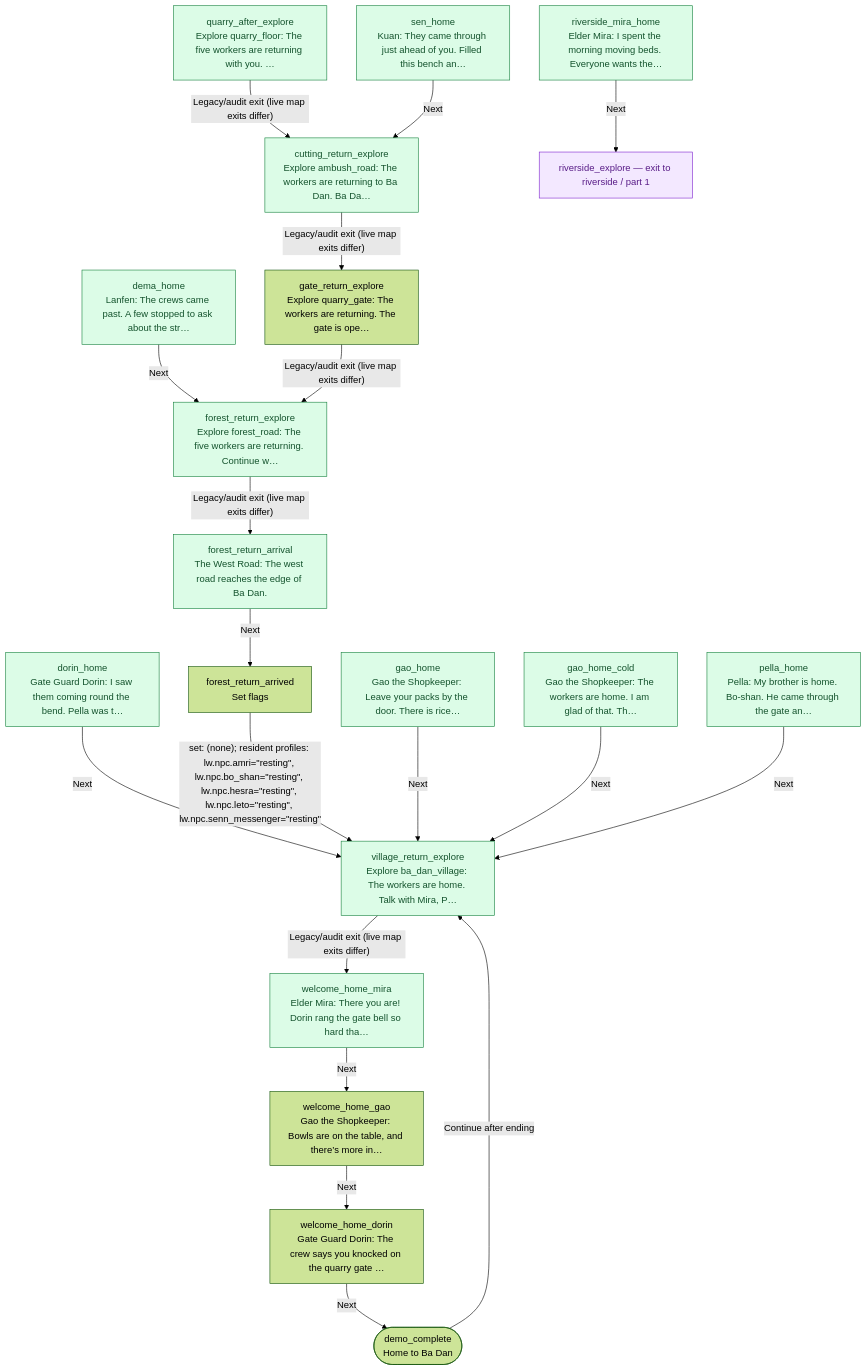
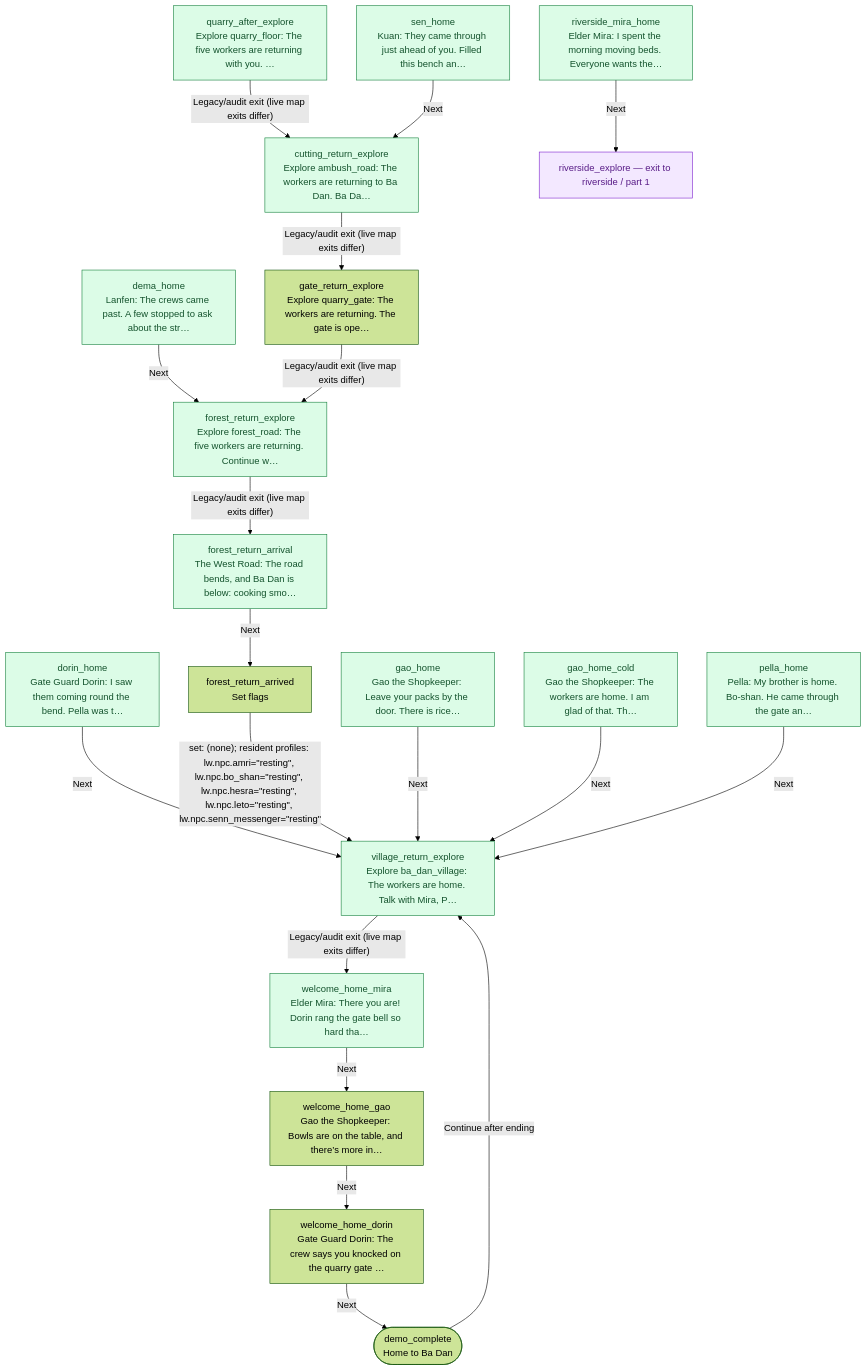
One commit to jaredbahr/Avatarrpg changed the diagram in docs/story/return.md. Above: the diagram before and after it, drawn with Mermaid (forest theme). The commit also changed 7 other files, not shown here.

````diff
--- a/docs/story/return.md
+++ b/docs/story/return.md
@@ -21,43 +21,43 @@
 ```mermaid
 flowchart TD
   n14["cutting_return_explore<br/>Explore ambush_road: The workers are returning to Ba Dan. Ba Da…"]:::entry
   n22["dema_home<br/>Lanfen: The crews came past. A few stopped to ask about the str…"]:::entry
   n23(["demo_complete<br/>Home to Ba Dan"])
   n28["dorin_home<br/>Gate Guard Dorin: I saw them coming round the bend. Pella was t…"]:::entry
-  n35["forest_return_arrival<br/>The West Road: The west road reaches the edge of Ba Dan."]:::entry
+  n35["forest_return_arrival<br/>The West Road: The road bends, and Ba Dan is below: cooking smo…"]:::entry
   n36["forest_return_arrived<br/>Set flags"]
   n37["forest_return_explore<br/>Explore forest_road: The five workers are returning. Continue w…"]:::entry
   n40["gao_home<br/>Gao the Shopkeeper: Leave your packs by the door. There is rice…"]:::entry
   n41["gao_home_cold<br/>Gao the Shopkeeper: The workers are home. I am glad of that. Th…"]:::entry
   n46["gate_return_explore<br/>Explore quarry_gate: The workers are returning. The gate is ope…"]
   n68["pella_home<br/>Pella: My brother is home. Bo-shan. He came through the gate an…"]:::entry
   n80["quarry_after_explore<br/>Explore quarry_floor: The five workers are returning with you. …"]:::entry
   n93["riverside_mira_home<br/>Elder Mira: I spent the morning moving beds. Everyone wants the…"]:::entry
   n102["sen_home<br/>Kuan: They came through just ahead of you. Filled this bench an…"]:::entry
   n145["village_return_explore<br/>Explore ba_dan_village: The workers are home. Talk with Mira, P…"]:::entry
   n146["welcome_home_dorin<br/>Gate Guard Dorin: The crew says you knocked on the quarry gate …"]
   n147["welcome_home_gao<br/>Gao the Shopkeeper: Bowls are on the table, and there’s more in…"]
   n148["welcome_home_mira<br/>Elder Mira: There you are! Dorin rang the gate bell so hard tha…"]:::entry
   n90["riverside_explore — exit to riverside / part 1"]:::external
   n14 -->|"Legacy/audit exit (live map exits differ)"| n46
   n22 -->|"Next"| n37
   n23 -->|"Continue after ending"| n145
   n28 -->|"Next"| n145
   n35 -->|"Next"| n36
   n36 -->|"set: (none); resident profiles: lw.npc.amri=#quot;resting#quot;, lw.npc.bo_shan=#quot;resting#quot;, lw.npc.hesra=#quot;resting#quot;, lw.npc.leto=#quot;resting#quot;, lw.npc.senn_messenger=#quot;resting#quot;"| n145
   n37 -->|"Legacy/audit exit (live map exits differ)"| n35
   n40 -->|"Next"| n145
   n41 -->|"Next"| n145
   n46 -->|"Legacy/audit exit (live map exits differ)"| n37
   n68 -->|"Next"| n145
   n80 -->|"Legacy/audit exit (live map exits differ)"| n14
   n93 -->|"Next"| n90
   n102 -->|"Next"| n14
   n145 -->|"Legacy/audit exit (live map exits differ)"| n148
   n146 -->|"Next"| n23
   n147 -->|"Next"| n146
   n148 -->|"Next"| n147
   classDef entry fill:#dcfce7,stroke:#15803d,color:#14532d
   classDef external fill:#f3e8ff,stroke:#7e22ce,color:#581c87
   classDef continuation fill:#f8fafc,stroke:#475569,color:#0f172a,stroke-dasharray:5 5
 ```
````
